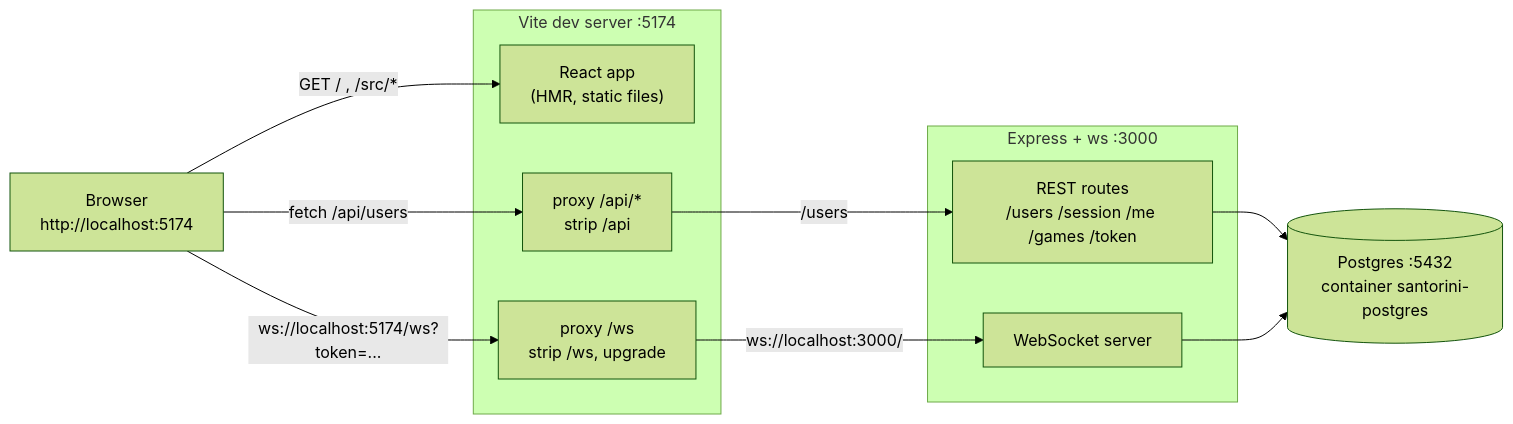
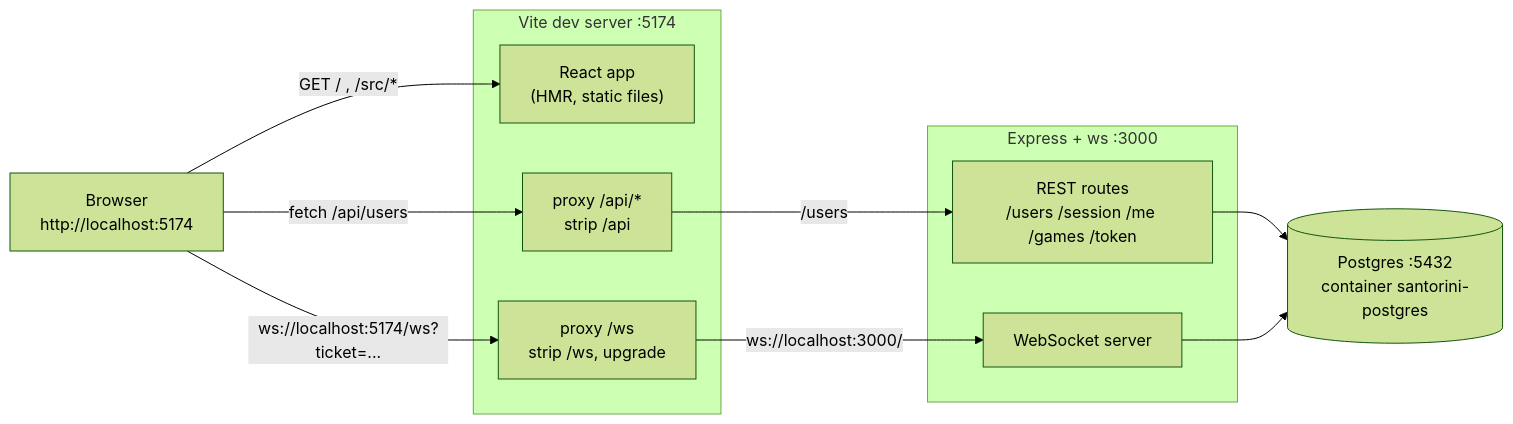
Before and after one commit to neves-nvs/santorini: the first of 2 diagrams in docs/dev-networking.md, drawn with Mermaid (forest theme). The commit also changed other lines of this file and 14 other files, not shown here.

First line of the commit message:
fix: authenticate the browser WebSocket with a one-time ticket (#114)

````diff
--- a/docs/dev-networking.md
+++ b/docs/dev-networking.md
@@ -5,25 +5,25 @@
 ```mermaid
 flowchart LR
     Browser["Browser<br/>http://localhost:5174"]
 
     subgraph Vite["Vite dev server :5174"]
         Static["React app<br/>(HMR, static files)"]
         ApiProxy["proxy /api/*<br/>strip /api"]
         WsProxy["proxy /ws<br/>strip /ws, upgrade"]
     end
 
     subgraph Server["Express + ws :3000"]
         Rest["REST routes<br/>/users /session /me /games /token"]
         Ws["WebSocket server"]
     end
 
     DB[("Postgres :5432<br/>container santorini-postgres")]
 
     Browser -- "GET / , /src/*" --> Static
     Browser -- "fetch /api/users" --> ApiProxy
-    Browser -- "ws://localhost:5174/ws?token=..." --> WsProxy
+    Browser -- "ws://localhost:5174/ws?ticket=..." --> WsProxy
     ApiProxy -- "/users" --> Rest
     WsProxy -- "ws://localhost:3000/" --> Ws
     Rest --> DB
     Ws --> DB
 ```
````
